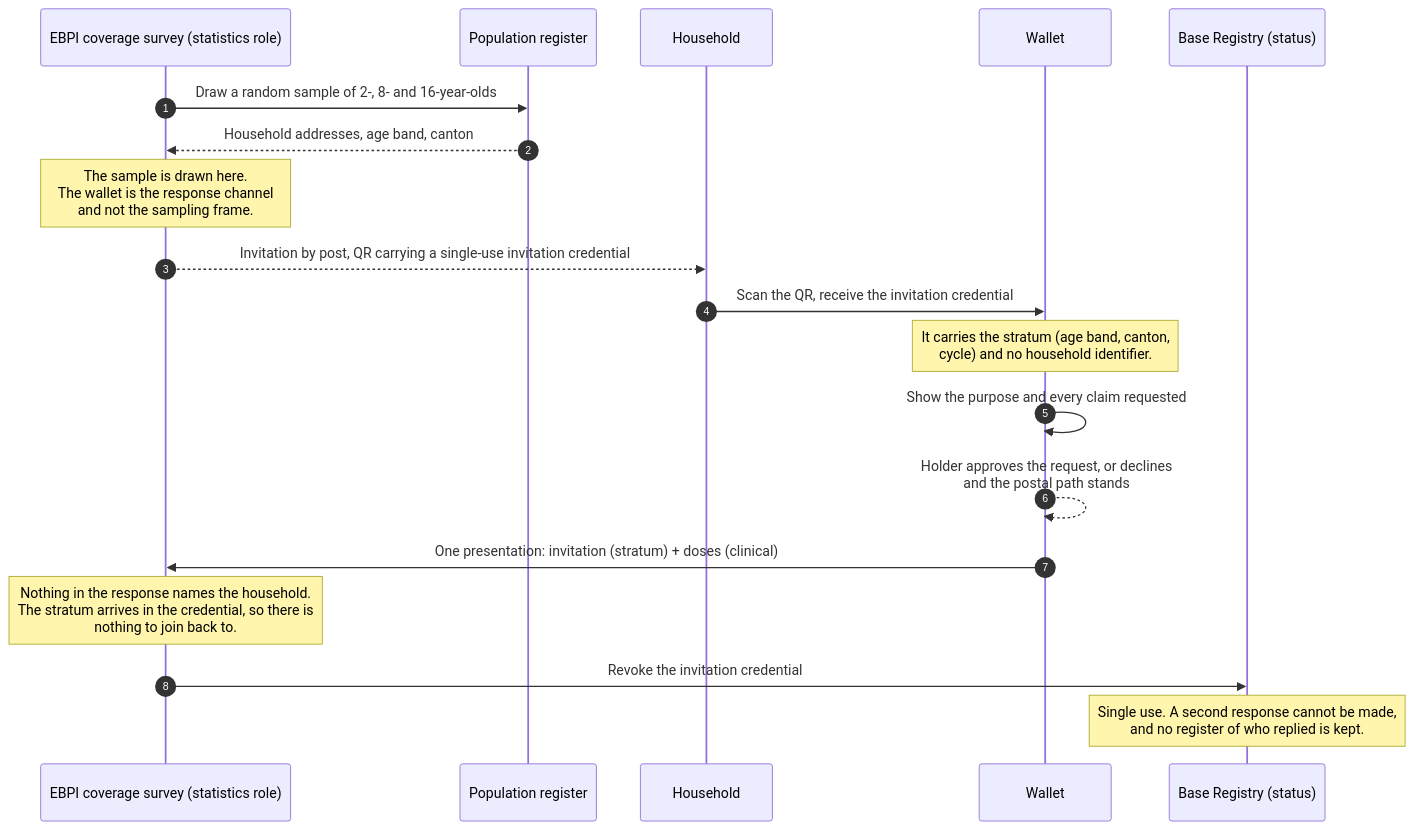
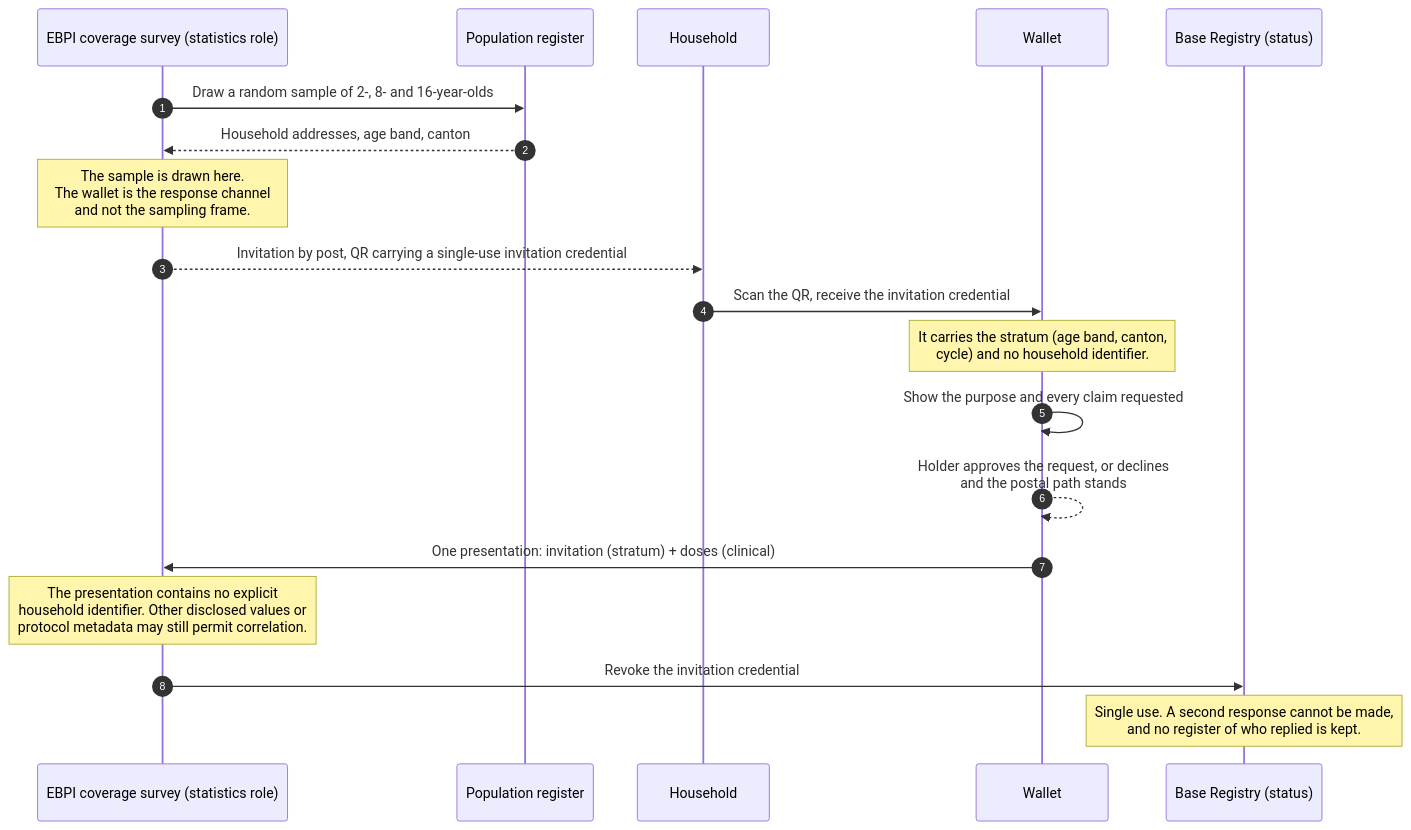
Before and after one commit to Accelerate-GmbH/digital-health-swiyu-vaccination: the diagram in flows/F-11-coverage-survey.md, drawn with Mermaid. The commit also changed 10 other files, not shown here.

````diff
--- a/flows/F-11-coverage-survey.md
+++ b/flows/F-11-coverage-survey.md
@@ -74,22 +74,22 @@
 ```mermaid
 sequenceDiagram
     autonumber
     participant S as EBPI coverage survey (statistics role)
     participant P as Population register
     participant H as Household
     participant W as Wallet
     participant BR as Base Registry (status)
 
     S->>P: Draw a random sample of 2-, 8- and 16-year-olds
     P-->>S: Household addresses, age band, canton
     Note over S: The sample is drawn here.<br/>The wallet is the response channel<br/>and not the sampling frame.
     S-->>H: Invitation by post, QR carrying a single-use invitation credential
     H->>W: Scan the QR, receive the invitation credential
     Note over W: It carries the stratum (age band, canton,<br/>cycle) and no household identifier.
     W->>W: Show the purpose and every claim requested
     W-->>W: Holder approves the request, or declines<br/>and the postal path stands
     W->>S: One presentation: invitation (stratum) + doses (clinical)
-    Note over S: Nothing in the response names the household.<br/>The stratum arrives in the credential, so there is<br/>nothing to join back to.
+    Note over S: The presentation contains no explicit<br/>household identifier. Other disclosed values or<br/>protocol metadata may still permit correlation.
     S->>BR: Revoke the invitation credential
     Note over BR: Single use. A second response cannot be made,<br/>and no register of who replied is kept.
 ```
````
